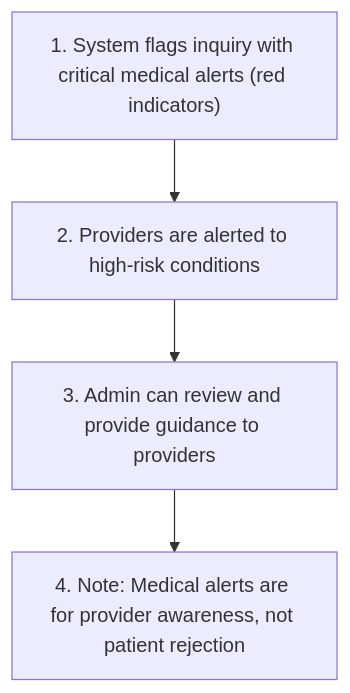
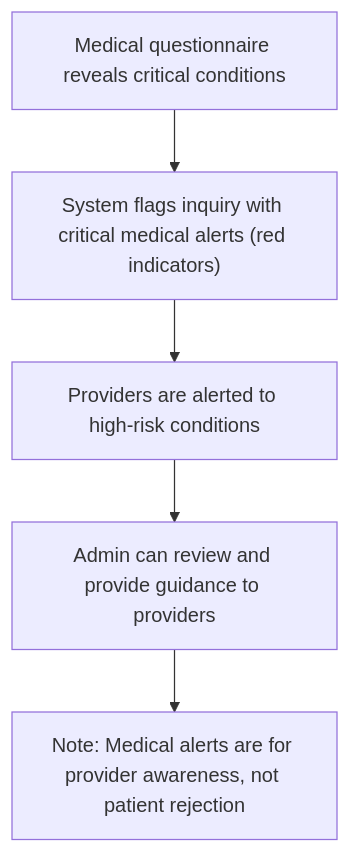
Before and after one commit to joachimtrungtuan/hairline-pm-docs: the fourth of 14 diagrams in project-requirements/functional-requirements/fr003-inquiry-submission/prd.md, drawn with Mermaid. The commit also changed other lines of this file and 12 other files, not shown here.

Commit message:
Update task automation scripts and update FR-003 flows into Mermaid format

````diff
--- a/project-requirements/functional-requirements/fr003-inquiry-submission/prd.md
+++ b/project-requirements/functional-requirements/fr003-inquiry-submission/prd.md
@@ -161,6 +152,7 @@
 ```mermaid
 flowchart TD
-  A3S1["1. System flags inquiry with critical medical alerts (red indicators)"] --> A3S2["2. Providers are alerted to high-risk conditions"]
-  A3S2 --> A3S3["3. Admin can review and provide guidance to providers"]
-  A3S3 --> A3S4["4. Note: Medical alerts are for provider awareness, not patient rejection"]
+    Detect["Medical questionnaire reveals critical conditions"] --> Flag["System flags inquiry with critical medical alerts (red indicators)"]
+    Flag --> Providers["Providers are alerted to high-risk conditions"]
+    Providers --> Admin["Admin can review and provide guidance to providers"]
+    Admin --> Note["Note: Medical alerts are for provider awareness, not patient rejection"]
 ```
````
